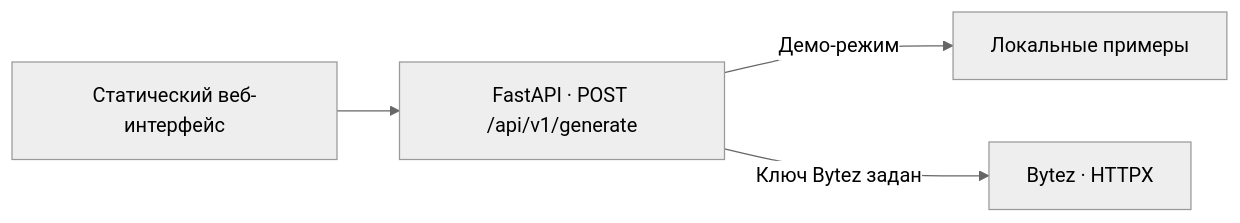
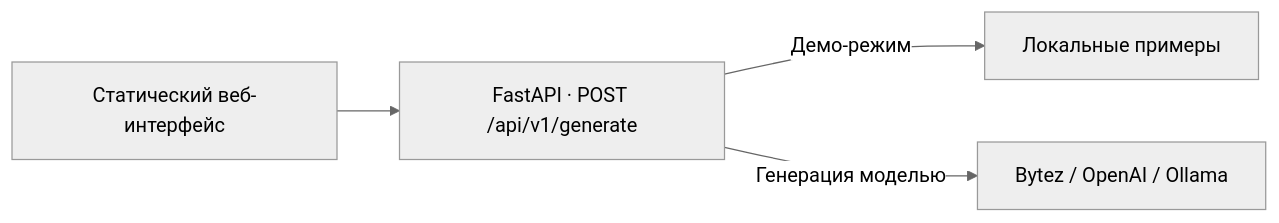
Before and after one commit to Artem7898/QueryCraft_AI: the diagram in README_RU.md, drawn with Mermaid (neutral theme). The commit also changed other lines of this file and 20 other files, not shown here.

Commit message:
Support OpenAI and keyless local Ollama generation

````diff
--- a/README_RU.md
+++ b/README_RU.md
@@ -11,6 +11,6 @@
 ```mermaid
 flowchart LR
     UI["Статический веб-интерфейс"] --> API["FastAPI · POST /api/v1/generate"]
     API -->|"Демо-режим"| Demo["Локальные примеры"]
-    API -->|"Ключ Bytez задан"| Bytez["Bytez · HTTPX"]
+    API -->|"Генерация моделью"| Provider["Bytez / OpenAI / Ollama"]
 ```
````
